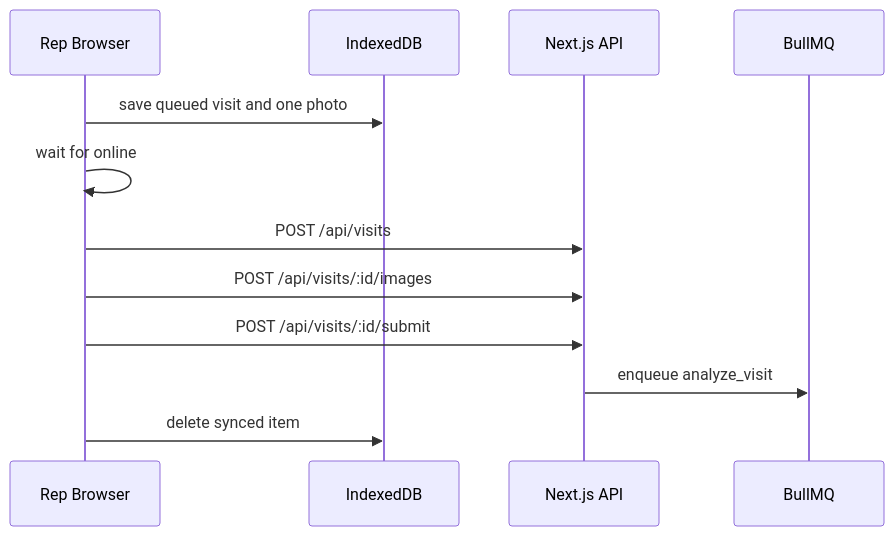
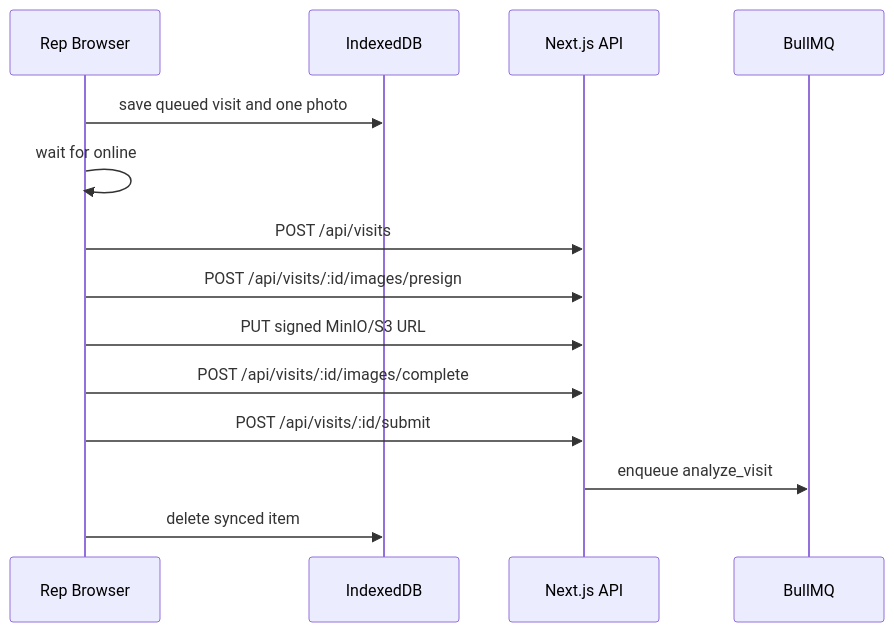
The second of 2 diagrams in docs/systems/storage-and-offline-sync.md (NFRohan/RetailOS-Lite), drawn with Mermaid before and after one commit. The commit also changed other lines of this file and 6 other files, not shown here.

````diff
--- a/docs/systems/storage-and-offline-sync.md
+++ b/docs/systems/storage-and-offline-sync.md
@@ -87,15 +98,17 @@
 ```mermaid
 sequenceDiagram
   participant Browser as Rep Browser
   participant IDB as IndexedDB
   participant API as Next.js API
   participant Queue as BullMQ
 
   Browser->>IDB: save queued visit and one photo
   Browser->>Browser: wait for online
   Browser->>API: POST /api/visits
-  Browser->>API: POST /api/visits/:id/images
+  Browser->>API: POST /api/visits/:id/images/presign
+  Browser->>API: PUT signed MinIO/S3 URL
+  Browser->>API: POST /api/visits/:id/images/complete
   Browser->>API: POST /api/visits/:id/submit
   API->>Queue: enqueue analyze_visit
   Browser->>IDB: delete synced item
 ```
````
